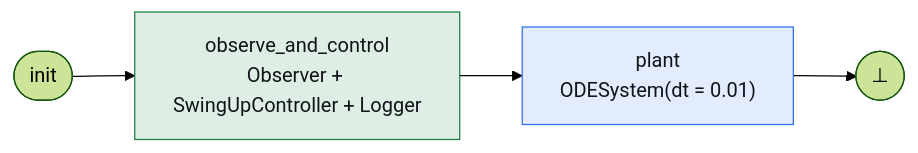
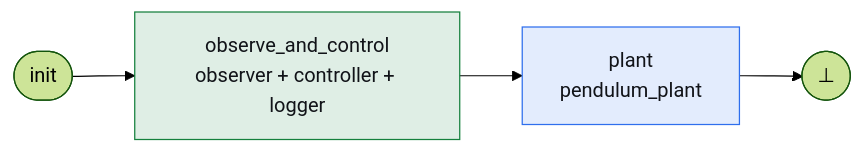
The first of 2 diagrams in docs/examples/controlled_pendulum.md (aidagroup/regelum), drawn with Mermaid (forest theme) before and after one commit. The commit also changed other lines of this file and 7 other files, not shown here.

````diff
--- a/docs/examples/controlled_pendulum.md
+++ b/docs/examples/controlled_pendulum.md
@@ -202,11 +225,11 @@
 ```mermaid
 flowchart LR
-    init([init]) --> observeControl["observe_and_control<br/>Observer + SwingUpController + Logger"]
-    observeControl --> plant["plant<br/>ODESystem(dt = 0.01)"]
+    init([init]) --> observeControl["observe_and_control<br/>observer + controller + logger"]
+    observeControl --> plant["plant<br/>pendulum_plant"]
     plant --> done([⊥])
 
     classDef observeControl fill:#15803d22,stroke:#15803d,color:#111318
     classDef plant fill:#2f6fed22,stroke:#2f6fed,color:#111318
     class observeControl observeControl
     class plant plant
 ```
````
